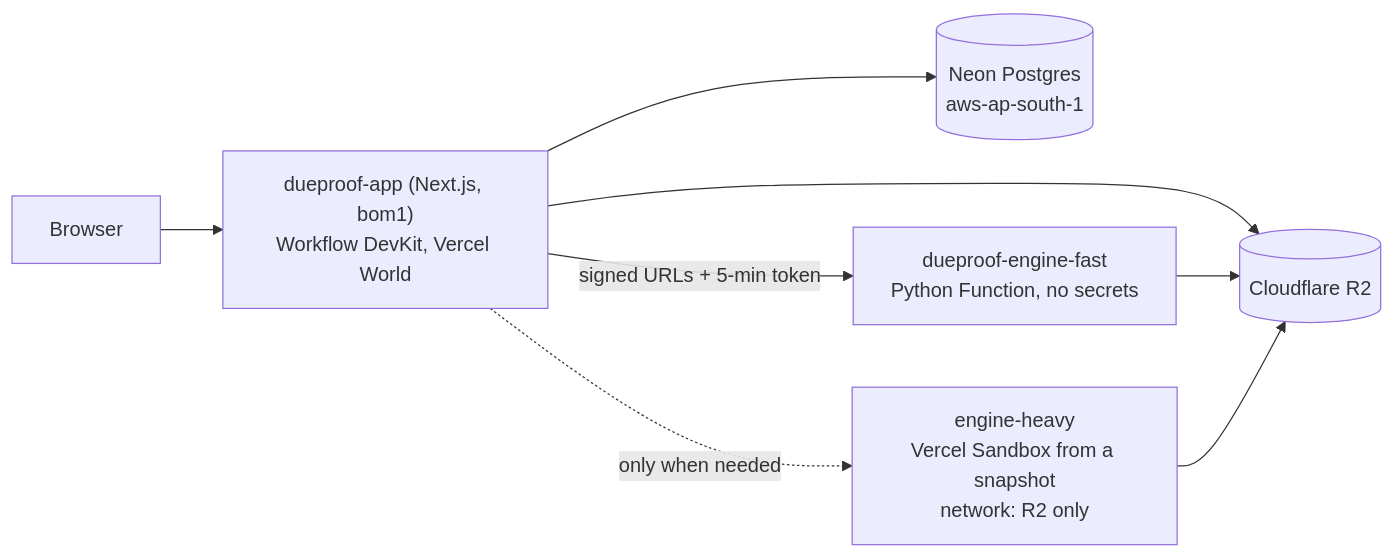
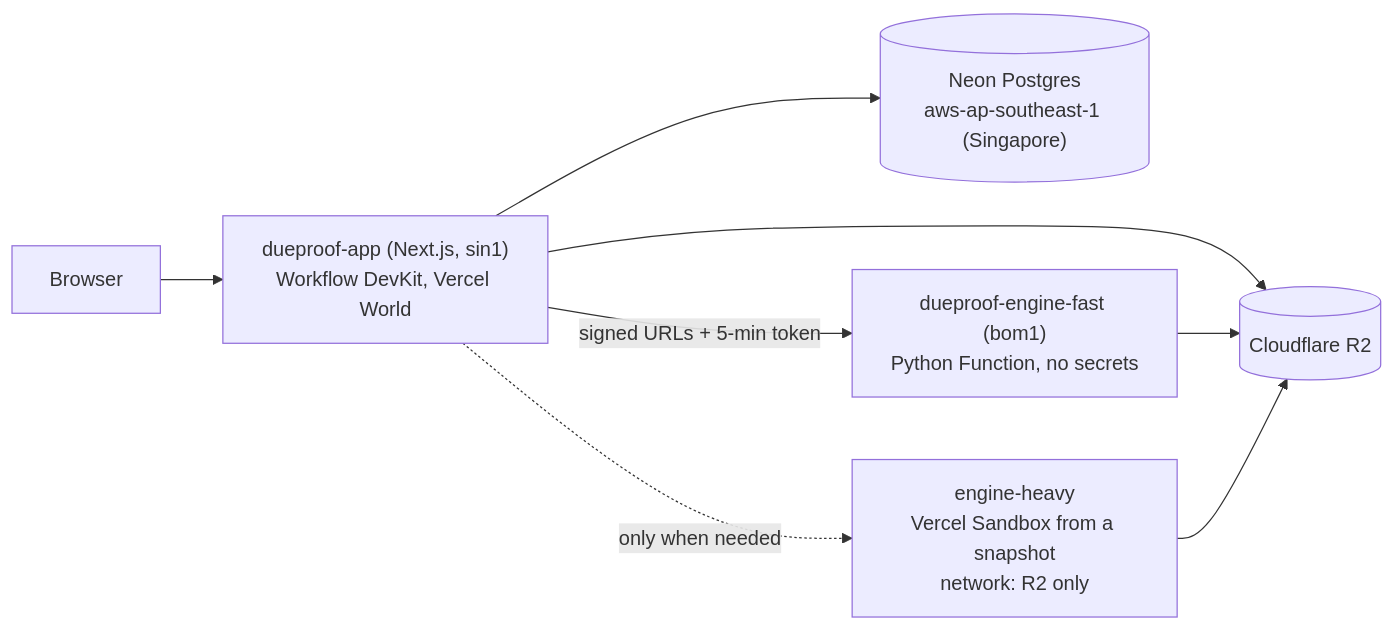
One commit to MaanavKrishna/dueproof changed the diagram in docs/deployment.md. Above: the diagram before and after it, drawn with Mermaid. The commit also changed other lines of this file and 5 other files, not shown here.

Commit message:
docs: hosted app and database in Singapore, data stored outside India; the website is on Vercel

````diff
--- a/docs/deployment.md
+++ b/docs/deployment.md
@@ -15,9 +15,9 @@
 ```mermaid
 flowchart LR
-  B[Browser] --> APP["dueproof-app (Next.js, bom1)<br/>Workflow DevKit, Vercel World"]
-  APP --> NEON[("Neon Postgres<br/>aws-ap-south-1")]
+  B[Browser] --> APP["dueproof-app (Next.js, sin1)<br/>Workflow DevKit, Vercel World"]
+  APP --> NEON[("Neon Postgres<br/>aws-ap-southeast-1 (Singapore)")]
   APP --> R2[("Cloudflare R2")]
-  APP -->|signed URLs + 5-min token| EF["dueproof-engine-fast<br/>Python Function, no secrets"]
+  APP -->|signed URLs + 5-min token| EF["dueproof-engine-fast (bom1)<br/>Python Function, no secrets"]
   APP -. only when needed .-> EH["engine-heavy<br/>Vercel Sandbox from a snapshot<br/>network: R2 only"]
   EF & EH --> R2
 ```
````
